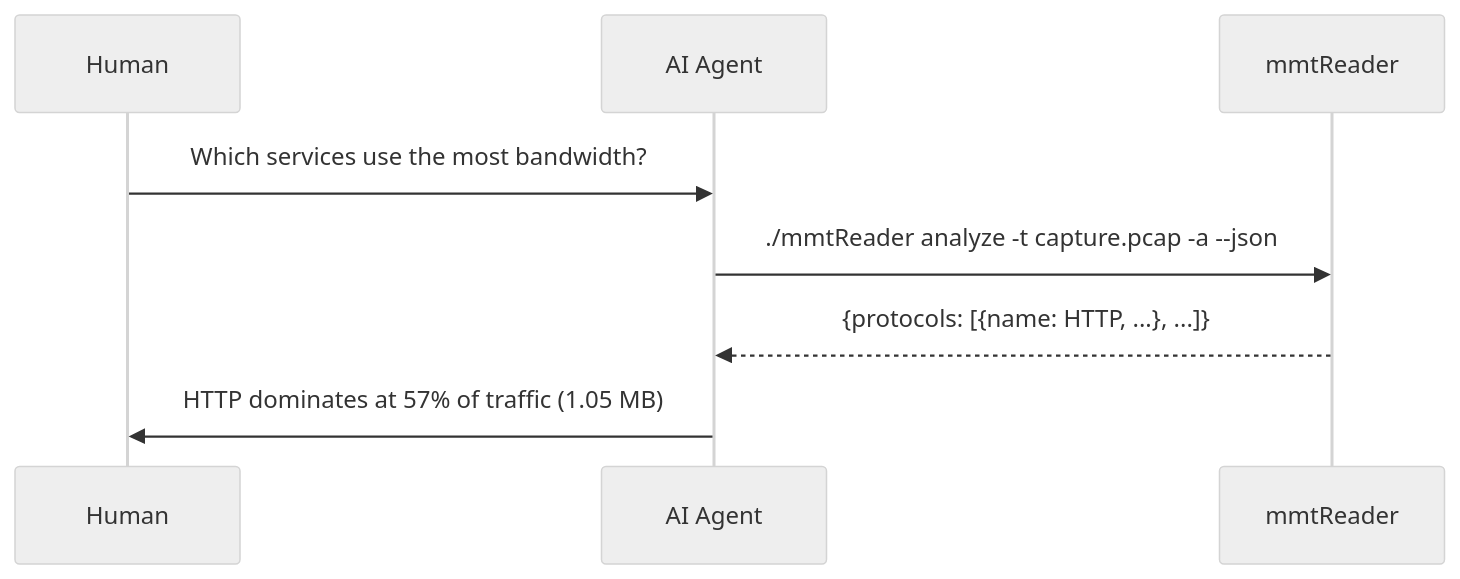
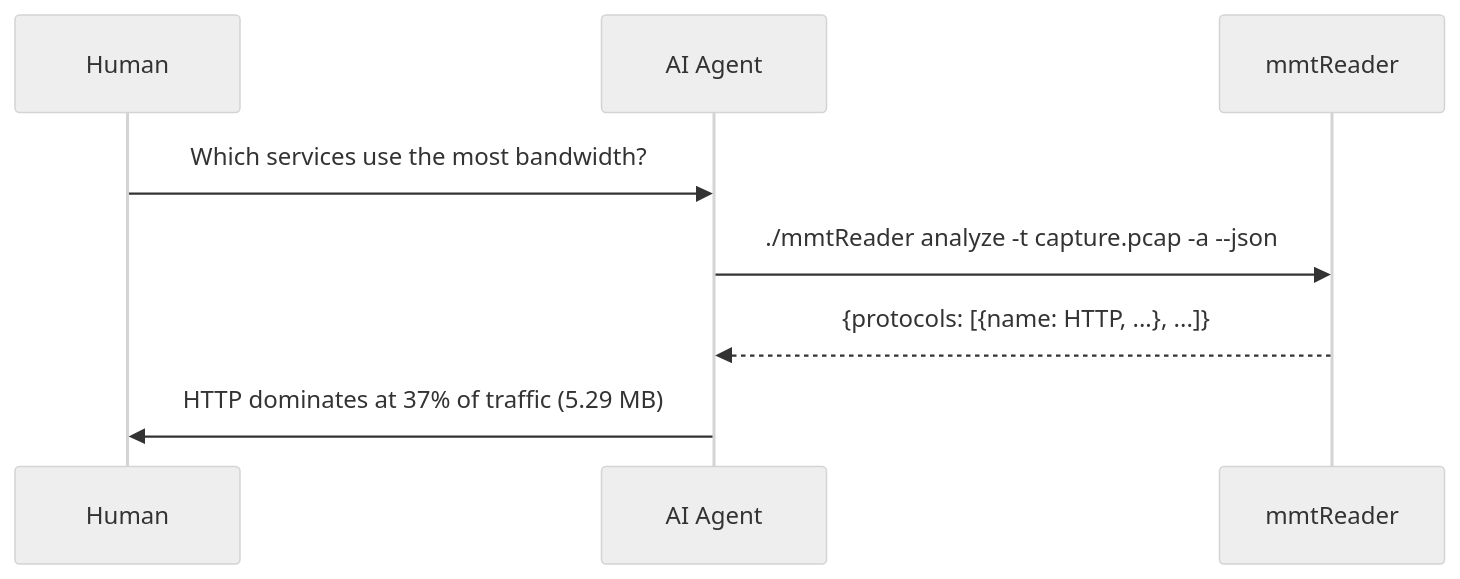
One commit to Montimage/mmt-reader changed the second of 2 diagrams in README.md. Above: the diagram before and after it, drawn with Mermaid (neutral theme). The commit also changed other lines of this file and 1 other file, not shown here.

````diff
--- a/README.md
+++ b/README.md
@@ -28,11 +28,11 @@
 ```mermaid
 sequenceDiagram
     participant Human as Human
     participant Agent as AI Agent
     participant Reader as mmtReader
     
     Human->>Agent: Which services use the most bandwidth?
     Agent->>Reader: ./mmtReader analyze -t capture.pcap -a --json
     Reader-->>Agent: {protocols: [{name: HTTP, ...}, ...]}
-    Agent->>Human: HTTP dominates at 57% of traffic (1.05 MB)
+    Agent->>Human: HTTP dominates at 37% of traffic (5.29 MB)
 ```
````
